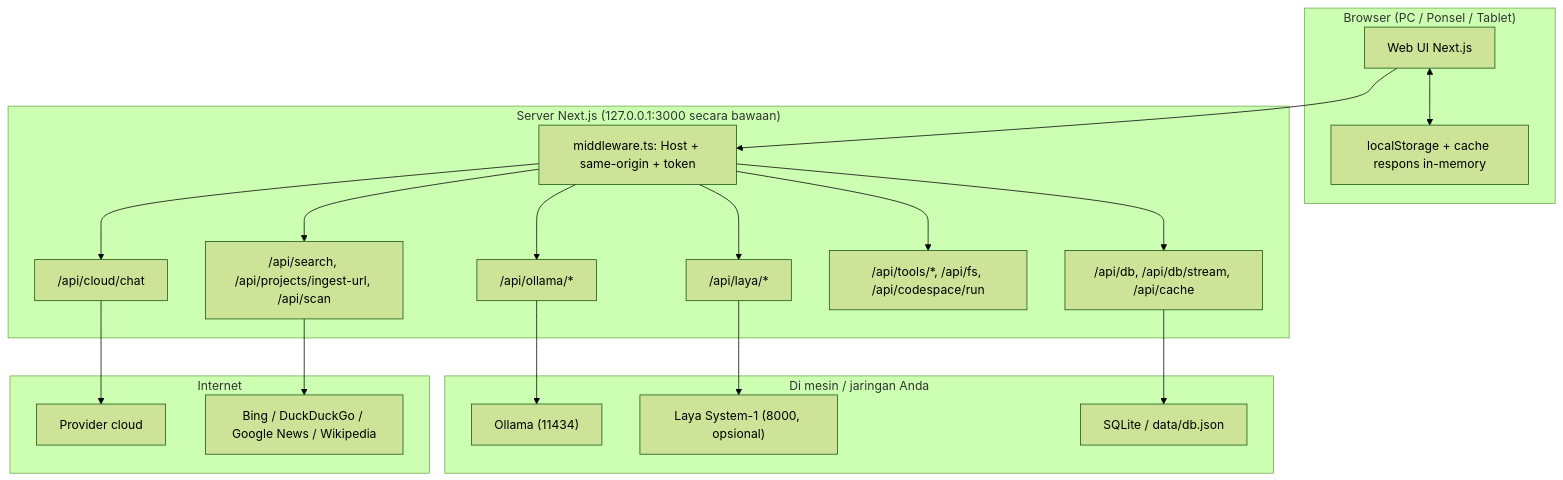
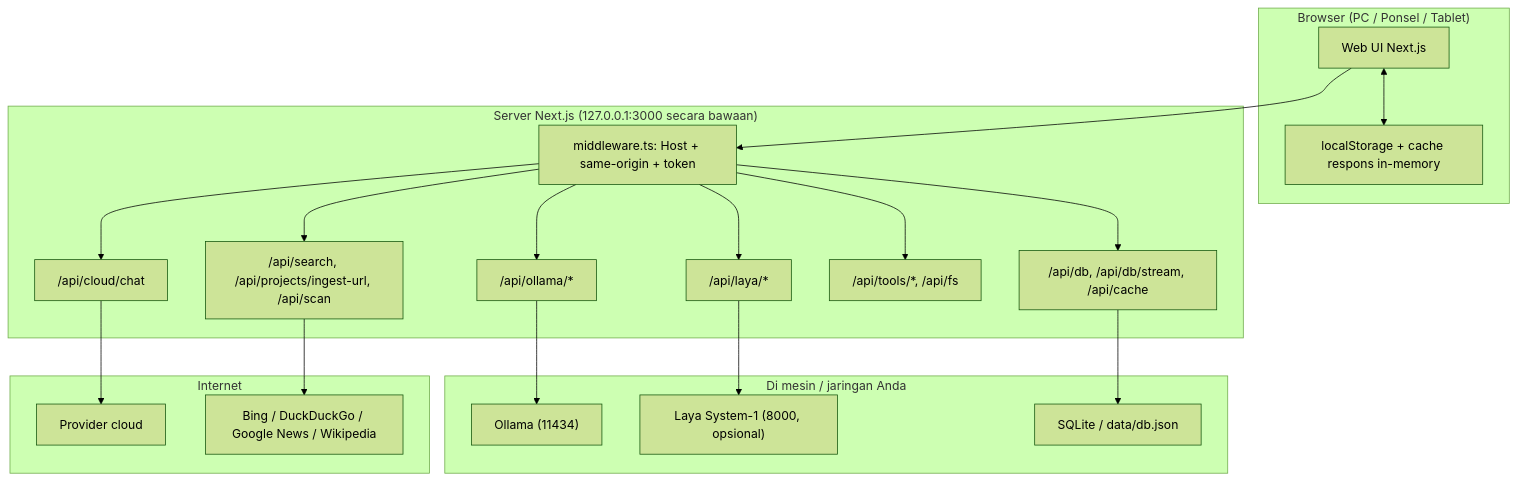
Before and after one commit to p3nr0s3/castalia: the diagram in DOCUMENTATION.md, drawn with Mermaid (forest theme). The commit also changed other lines of this file and 50 other files, not shown here.

````diff
--- a/DOCUMENTATION.md
+++ b/DOCUMENTATION.md
@@ -54,37 +53,37 @@
 ```mermaid
 graph TD
     subgraph Klien ["Browser (PC / Ponsel / Tablet)"]
         UI["Web UI Next.js"]
         Local["localStorage + cache respons in-memory"]
     end
 
     subgraph Server ["Server Next.js (127.0.0.1:3000 secara bawaan)"]
         MW["middleware.ts: Host + same-origin + token"]
         OllamaProxy["/api/ollama/*"]
         LayaProxy["/api/laya/*"]
         Cloud["/api/cloud/chat"]
         Search["/api/search, /api/projects/ingest-url, /api/scan"]
-        Tools["/api/tools/*, /api/fs, /api/codespace/run"]
+        Tools["/api/tools/*, /api/fs"]
         DB["/api/db, /api/db/stream, /api/cache"]
     end
 
     subgraph Backend ["Di mesin / jaringan Anda"]
         Ollama["Ollama (11434)"]
         Laya["Laya System-1 (8000, opsional)"]
         Disk["SQLite / data/db.json"]
     end
 
     subgraph Internet
         Providers["Provider cloud"]
         Web["Bing / DuckDuckGo / Google News / Wikipedia"]
     end
 
     UI --> MW
     MW --> OllamaProxy --> Ollama
     MW --> LayaProxy --> Laya
     MW --> Cloud --> Providers
     MW --> Search --> Web
     MW --> Tools
     MW --> DB --> Disk
     UI <--> Local
 ```
````
